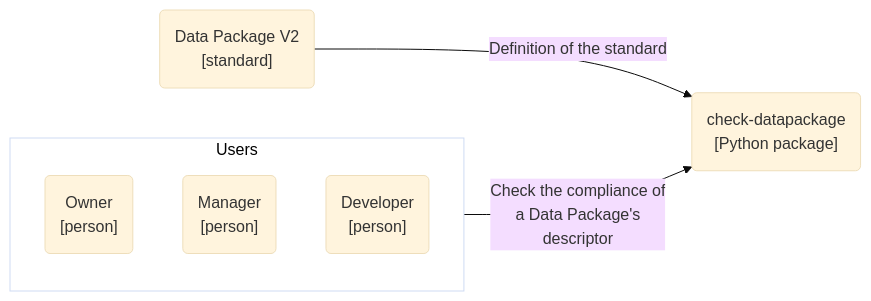
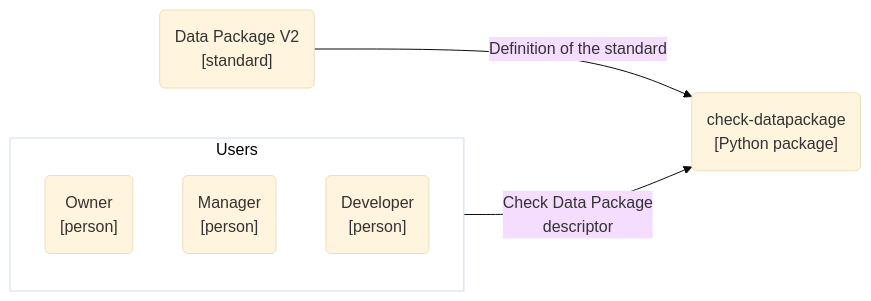
Before and after one commit to seedcase-project/check-datapackage: the first of 2 diagrams in docs/design/architecture.qmd, drawn with Mermaid (base theme). The commit also changed other lines of this file, not shown here.

````diff
--- a/docs/design/architecture.qmd
+++ b/docs/design/architecture.qmd
@@ -89,20 +89,20 @@
 ```{mermaid}
 %%| label: fig-c4-context
 %%| fig-cap: "C4 system context diagram showing the anticipated users and the external system (the Data Package standard) `check-datapackage` interacts with."
 flowchart LR
 
     subgraph "Users"
         user_owner("Owner<br>[person]")
         user_manager("Manager<br>[person]")
         user_developer("Developer<br>[person]")
     end
 
     dp_standard("Data Package V2<br>[standard]")
     check("check-datapackage<br>[Python package]")
 
 
     dp_standard --"Definition of the standard"--> check
-    Users --"Check the compliance of<br>a Data Package's<br>descriptor"--> check
+    Users --"Check Data Package<br>descriptor"--> check
     %% Styling
     style Users fill:#FFFFFF, color:#000000
 ```
````
